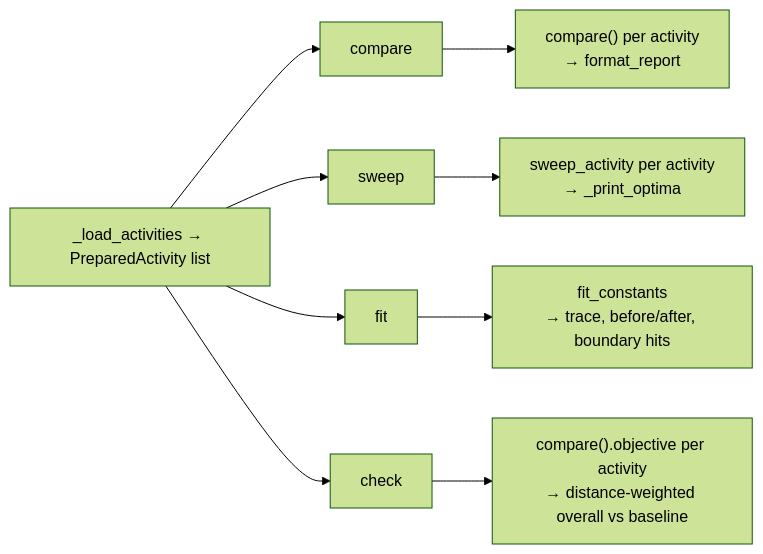
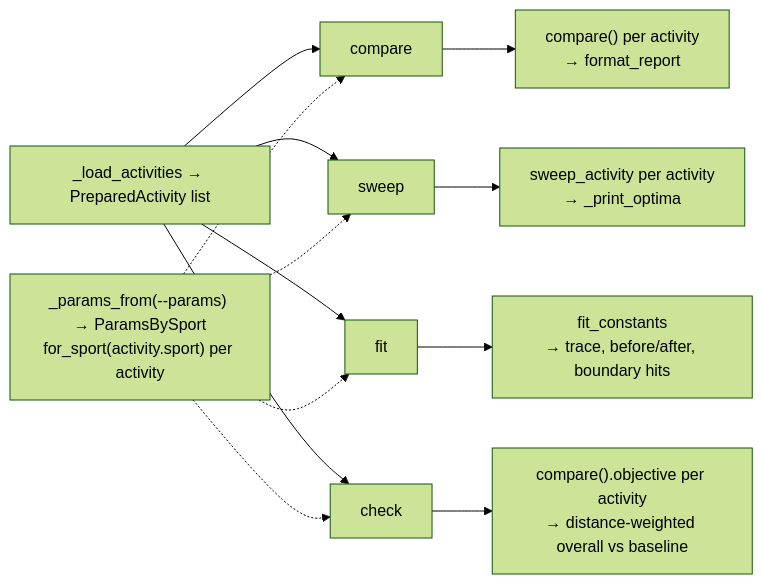
Diagram 16 of 16 in docs/TUNING_ARCHITECTURE.md (martin-iflap/GPX_to_FIT), drawn with Mermaid (forest theme) before and after one commit. The commit also changed other lines of this file and 5 other files, not shown here.

````diff
--- a/docs/TUNING_ARCHITECTURE.md
+++ b/docs/TUNING_ARCHITECTURE.md
@@ -683,12 +741,16 @@
 ```mermaid
 flowchart LR
   load["_load_activities → PreparedActivity list"]
   load --> c["compare"]
   load --> s["sweep"]
   load --> f["fit"]
   load --> k["check"]
+  prm["_params_from(--params) → ParamsBySport<br/>for_sport(activity.sport) per activity"] -.-> c
+  prm -.-> s
+  prm -.-> f
+  prm -.-> k
   c --> c1["compare() per activity<br/>→ format_report"]
   s --> s1["sweep_activity per activity<br/>→ _print_optima"]
   f --> f1["fit_constants<br/>→ trace, before/after, boundary hits"]
   k --> k1["compare().objective per activity<br/>→ distance-weighted overall vs baseline"]
 ```
````
